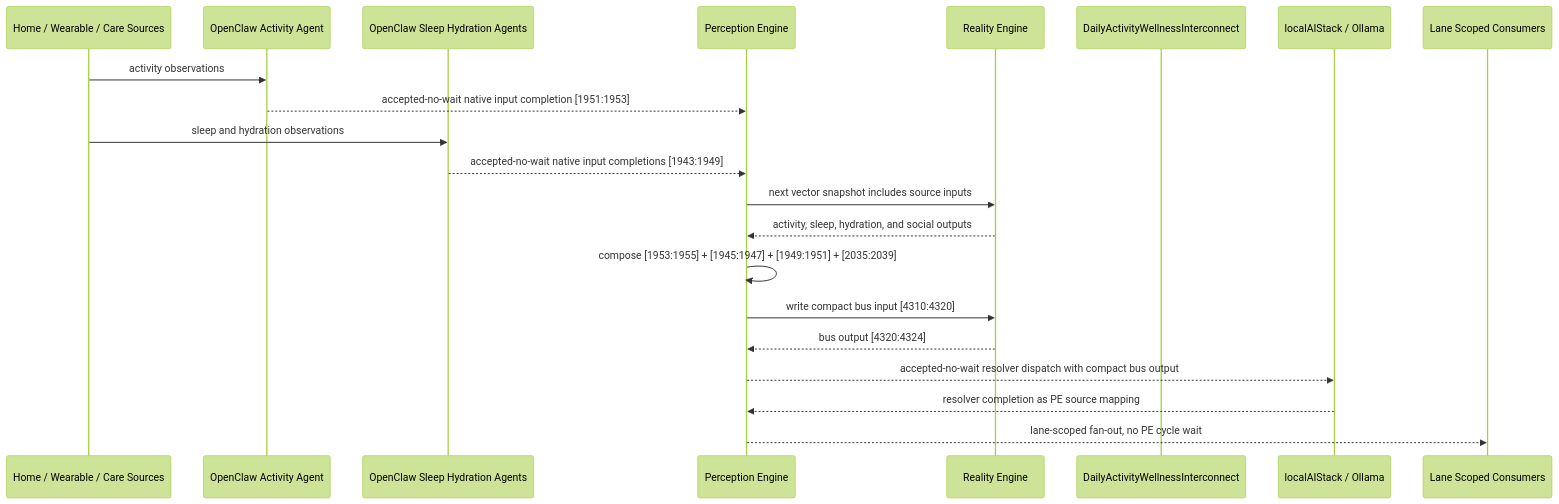
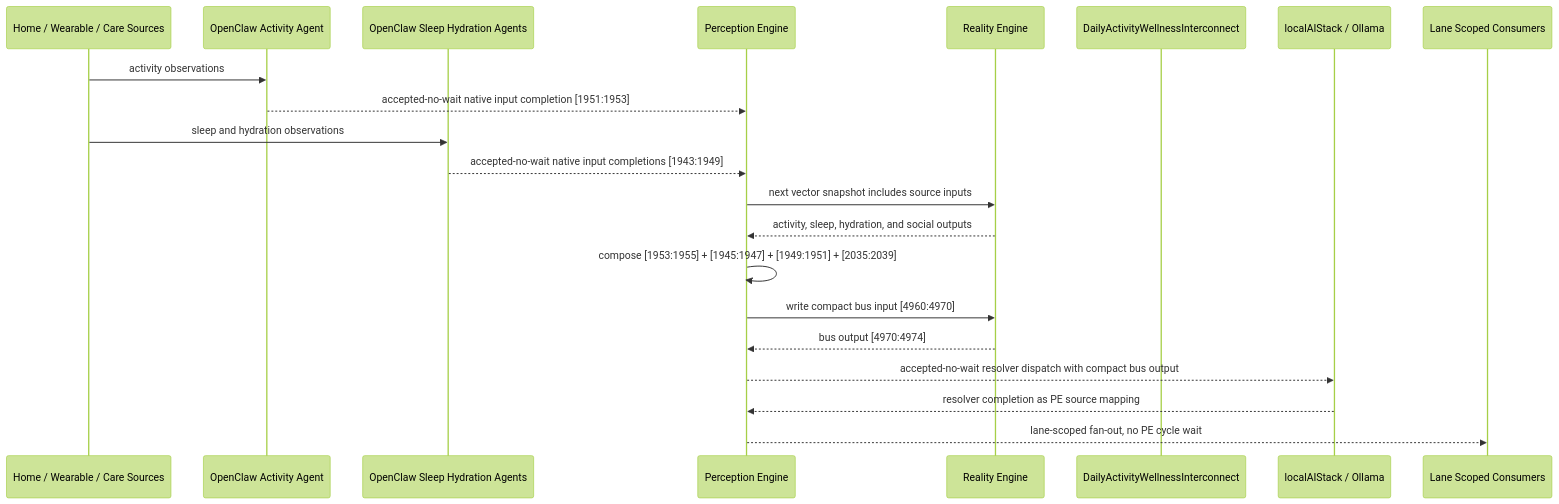
One commit to jateeter/RealityEngine_Machines changed the diagram in docs/DAILY_ACTIVITY_WELLNESS_INTERCONNECT_NARRATIVE.md. Above: the diagram before and after it, drawn with Mermaid (forest theme). The commit also changed other lines of this file and 20 other files, not shown here.

````diff
--- a/docs/DAILY_ACTIVITY_WELLNESS_INTERCONNECT_NARRATIVE.md
+++ b/docs/DAILY_ACTIVITY_WELLNESS_INTERCONNECT_NARRATIVE.md
@@ -157,24 +157,24 @@
 ```mermaid
 sequenceDiagram
   participant Source as Home / Wearable / Care Sources
   participant OC1 as OpenClaw Activity Agent
   participant OC2 as OpenClaw Sleep Hydration Agents
   participant PE as Perception Engine
   participant RE as Reality Engine
   participant BUS as DailyActivityWellnessInterconnect
   participant LAI as localAIStack / Ollama
   participant Downstream as Lane Scoped Consumers
 
   Source->>OC1: activity observations
   OC1-->>PE: accepted-no-wait native input completion [1951:1953]
   Source->>OC2: sleep and hydration observations
   OC2-->>PE: accepted-no-wait native input completions [1943:1949]
   PE->>RE: next vector snapshot includes source inputs
   RE-->>PE: activity, sleep, hydration, and social outputs
   PE->>PE: compose [1953:1955] + [1945:1947] + [1949:1951] + [2035:2039]
-  PE->>RE: write compact bus input [4310:4320]
-  RE-->>PE: bus output [4320:4324]
+  PE->>RE: write compact bus input [4960:4970]
+  RE-->>PE: bus output [4970:4974]
   PE-->>LAI: accepted-no-wait resolver dispatch with compact bus output
   LAI-->>PE: resolver completion as PE source mapping
   PE-->>Downstream: lane-scoped fan-out, no PE cycle wait
 ```
````
